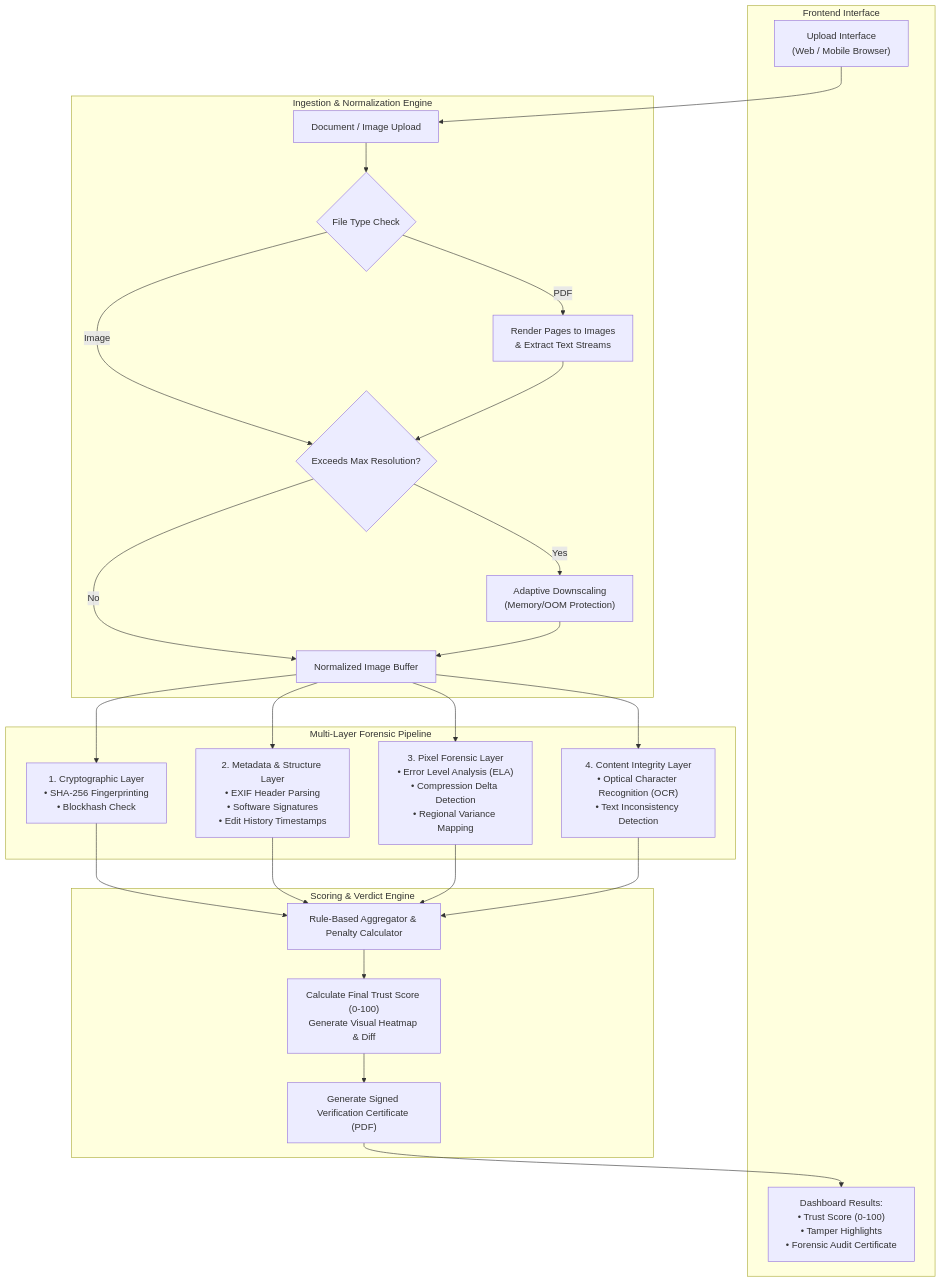
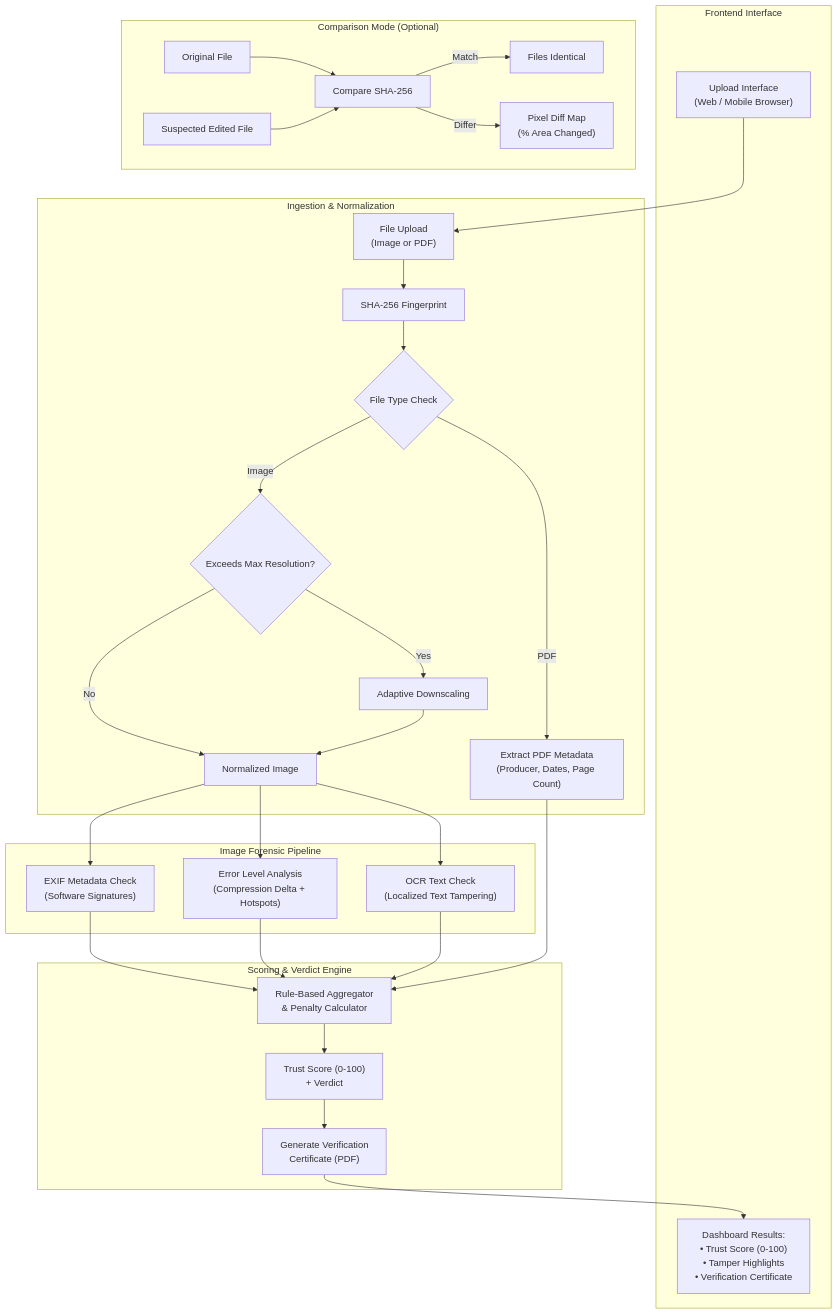
Before and after one commit to gowdahruthi11-jpg/nexora: the diagram in README.md, drawn with Mermaid.

````diff
--- a/README.md
+++ b/README.md
@@ -55,37 +57,37 @@
 ```mermaid
 flowchart TD
     subgraph Client["Frontend Interface"]
         UI["Upload Interface\n(Web / Mobile Browser)"]
-        Display["Dashboard Results:\n• Trust Score (0-100)\n• Tamper Highlights\n• Forensic Audit Certificate"]
+        Display["Dashboard Results:\n• Trust Score (0-100)\n• Tamper Highlights\n• Verification Certificate"]
     end
-
-    subgraph Preprocess["Ingestion & Normalization Engine"]
-        Input["Document / Image Upload"] --> FormatCheck{"File Type Check"}
-        FormatCheck -->|PDF| PDFRaster["Render Pages to Images\n& Extract Text Streams"]
+    subgraph Preprocess["Ingestion & Normalization"]
+        Input["File Upload\n(Image or PDF)"] --> Hashing["SHA-256 Fingerprint"]
+        Hashing --> FormatCheck{"File Type Check"}
         FormatCheck -->|Image| ScaleCheck{"Exceeds Max Resolution?"}
-        PDFRaster --> ScaleCheck
-        ScaleCheck -->|Yes| Downscale["Adaptive Downscaling\n(Memory/OOM Protection)"]
-        ScaleCheck -->|No| Normalized["Normalized Image Buffer"]
+        ScaleCheck -->|Yes| Downscale["Adaptive Downscaling"]
+        ScaleCheck -->|No| Normalized["Normalized Image"]
         Downscale --> Normalized
+        FormatCheck -->|PDF| PDFMeta["Extract PDF Metadata\n(Producer, Dates, Page Count)"]
     end
-
-    subgraph Pipeline["Multi-Layer Forensic Pipeline"]
-        Normalized --> Hashing["1. Cryptographic Layer\n• SHA-256 Fingerprinting\n• Blockhash Check"]
-        Normalized --> Metadata["2. Metadata & Structure Layer\n• EXIF Header Parsing\n• Software Signatures\n• Edit History Timestamps"]
-        Normalized --> ELA["3. Pixel Forensic Layer\n• Error Level Analysis (ELA)\n• Compression Delta Detection\n• Regional Variance Mapping"]
-        Normalized --> OCR["4. Content Integrity Layer\n• Optical Character Recognition (OCR)\n• Text Inconsistency Detection"]
+    subgraph Pipeline["Image Forensic Pipeline"]
+        Normalized --> Metadata["EXIF Metadata Check\n(Software Signatures)"]
+        Normalized --> ELA["Error Level Analysis\n(Compression Delta + Hotspots)"]
+        Normalized --> OCR["OCR Text Check\n(Localized Text Tampering)"]
     end
-
+    subgraph Compare["Comparison Mode (Optional)"]
+        FileA["Original File"] --> HashCompare["Compare SHA-256"]
+        FileB["Suspected Edited File"] --> HashCompare
+        HashCompare -->|Match| Identical["Files Identical"]
+        HashCompare -->|Differ| DiffMap["Pixel Diff Map\n(% Area Changed)"]
+    end
     subgraph Scoring["Scoring & Verdict Engine"]
-        Hashing --> WeightedScoring["Rule-Based Aggregator & Penalty Calculator"]
-        Metadata --> WeightedScoring
+        Metadata --> WeightedScoring["Rule-Based Aggregator\n& Penalty Calculator"]
         ELA --> WeightedScoring
         OCR --> WeightedScoring
-        
-        WeightedScoring --> Aggregate["Calculate Final Trust Score (0-100)\nGenerate Visual Heatmap & Diff"]
-        Aggregate --> CertGen["Generate Signed Verification Certificate (PDF)"]
+        PDFMeta --> WeightedScoring
+        WeightedScoring --> Aggregate["Trust Score (0-100)\n+ Verdict"]
+        Aggregate --> CertGen["Generate Verification\nCertificate (PDF)"]
     end
-
     UI --> Input
-    CertGen --> Display 
+    CertGen --> Display
 ```
````
